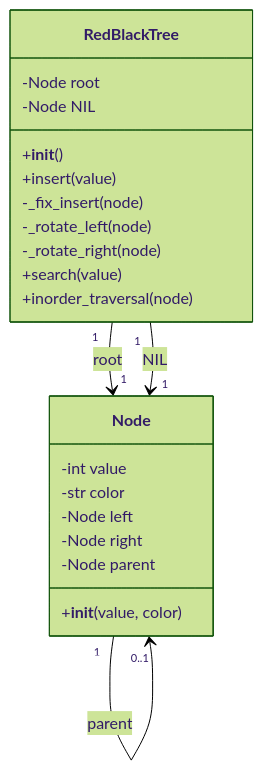
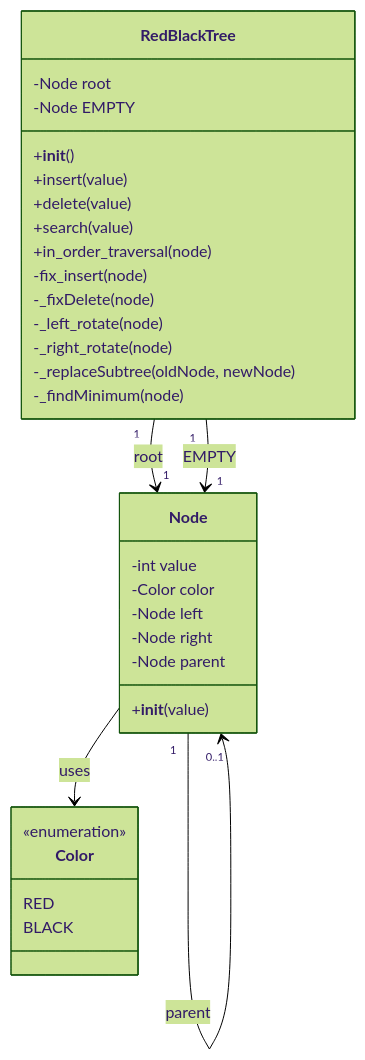
Before and after one commit to Phobia3187/red-black-tree: the diagram in README.md, drawn with Mermaid (forest theme).

Commit message:
updated class diagram to reflect our code more accurately

````diff
--- a/README.md
+++ b/README.md
@@ -9,29 +9,39 @@
 ```mermaid
 classDiagram
+    class Color {
+            <<enumeration>>
+            RED
+            BLACK
+        }
     class Node {
         -int value
-        -str color
+        -Color color
         -Node left
         -Node right
         -Node parent
-        +__init__(value, color)
+        +__init__(value)
     }
     
-    class RedBlackTree {
+  class RedBlackTree {
         -Node root
-        -Node NIL
+        -Node EMPTY
         +__init__()
         +insert(value)
-        -_fix_insert(node)
-        -_rotate_left(node)
-        -_rotate_right(node)
+        +delete(value)
         +search(value)
-        +inorder_traversal(node)
+        +in_order_traversal(node)
+        -fix_insert(node)
+        -_fixDelete(node)
+        -_left_rotate(node)
+        -_right_rotate(node)
+        -_replaceSubtree(oldNode, newNode)
+        -_findMinimum(node)
     }
     
+   Node --> Color : uses
     RedBlackTree "1" --> "1" Node : root
-    RedBlackTree "1" --> "1" Node : NIL
+    RedBlackTree "1" --> "1" Node : EMPTY
     Node "1" --> "0..1" Node : left
     Node "1" --> "0..1" Node : right
     Node "1" --> "0..1" Node : parent
 ```
````
